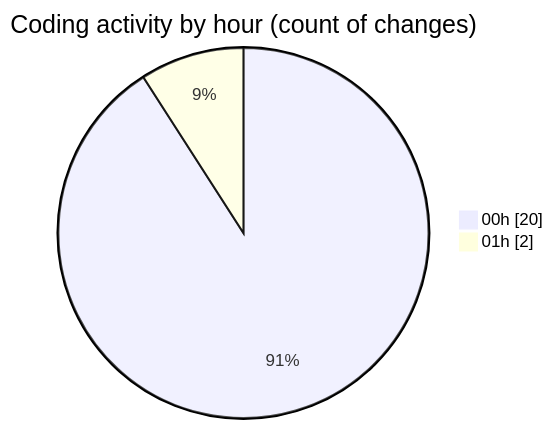
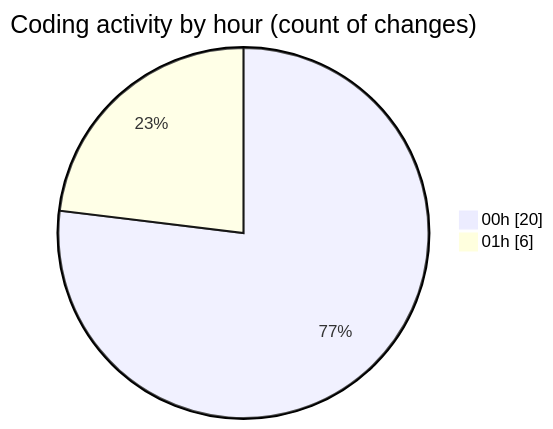
The second of 2 diagrams in 2025-10-16/eventscop-frontend-guide__workspace_/README.md (julien-gomy/code-tracking), drawn with Mermaid before and after one commit. The commit also changed other lines of this file and 1 other file, not shown here.

````diff
--- a/2025-10-16/eventscop-frontend-guide__workspace_/README.md
+++ b/2025-10-16/eventscop-frontend-guide__workspace_/README.md
@@ -35,6 +35,6 @@
 ```mermaid
 pie showData
 title Coding activity by hour (count of changes)
 "00h" : 20
-"01h" : 2
+"01h" : 6
 ```
````
